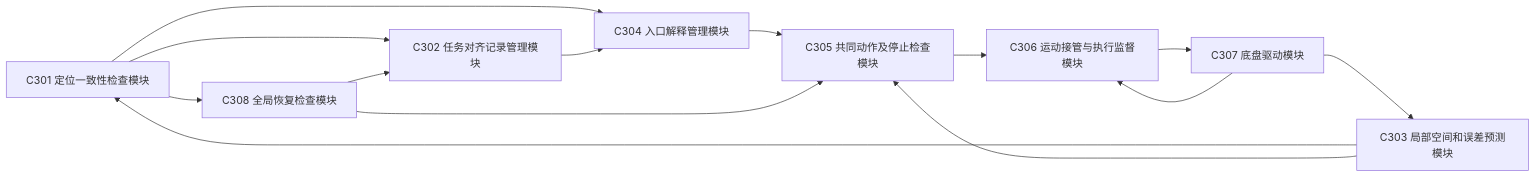
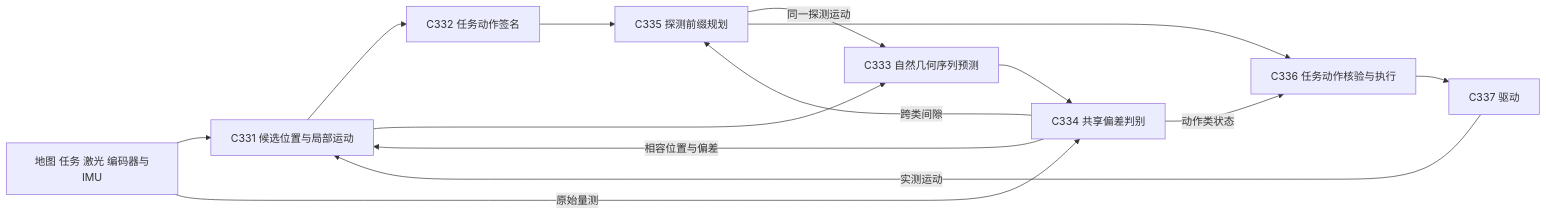
Before and after one commit to fenwickxie/research-ip-docs: the second of 3 diagrams in patent/导航规划控制/03_patent_c_disclosure_template_rewrite_20261019.md, drawn with Mermaid. The commit also changed other lines of this file and 3 other files, not shown here.

````diff
--- a/patent/导航规划控制/03_patent_c_disclosure_template_rewrite_20261019.md
+++ b/patent/导航规划控制/03_patent_c_disclosure_template_rewrite_20261019.md
@@ -69,16 +244,16 @@
 ```mermaid
 flowchart LR
-    C301["C301 定位一致性检查模块"] --> C302["C302 任务对齐记录管理模块"]
-    C303["C303 局部空间和误差预测模块"] --> C301
-    C301 --> C304["C304 入口解释管理模块"]
-    C302 --> C304
-    C304 --> C305["C305 共同动作及停止检查模块"]
-    C303 --> C305
-    C305 --> C306["C306 运动接管与执行监督模块"]
-    C306 --> C307["C307 底盘驱动模块"]
-    C307 --> C303
-    C307 --> C306
-    C301 --> C308["C308 全局恢复检查模块"]
-    C308 --> C302
-    C308 --> C305
+    IN["地图 任务 激光 编码器与IMU"] --> C331["C331 候选位置与局部运动"]
+    C331 --> C332["C332 任务动作签名"]
+    C331 --> C333["C333 自然几何序列预测"]
+    C332 --> C335["C335 探测前缀规划"]
+    C333 --> C334["C334 共享偏差判别"]
+    C334 -- 跨类间隙 --> C335
+    C335 -- 同一探测运动 --> C333
+    C335 --> C336["C336 任务动作核验与执行"]
+    C336 --> C337["C337 驱动"]
+    C337 -- 实测运动 --> C331
+    IN -- 原始量测 --> C334
+    C334 -- 相容位置与偏差 --> C331
+    C334 -- 动作类状态 --> C336
 ```
````
